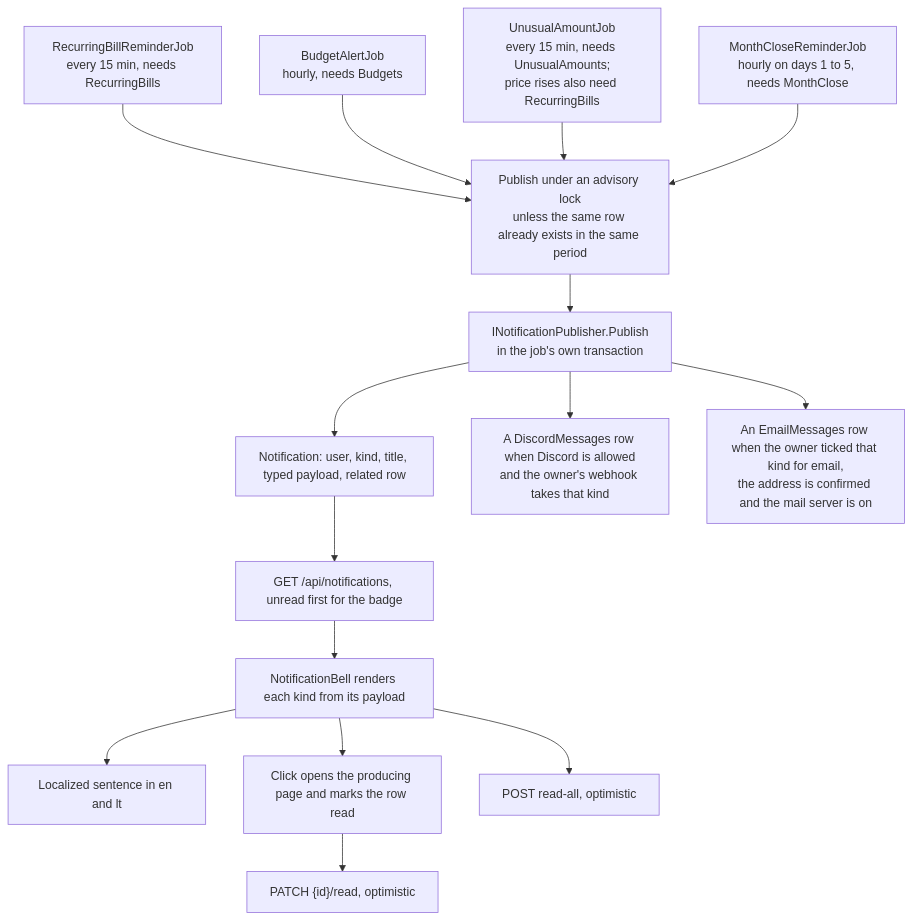
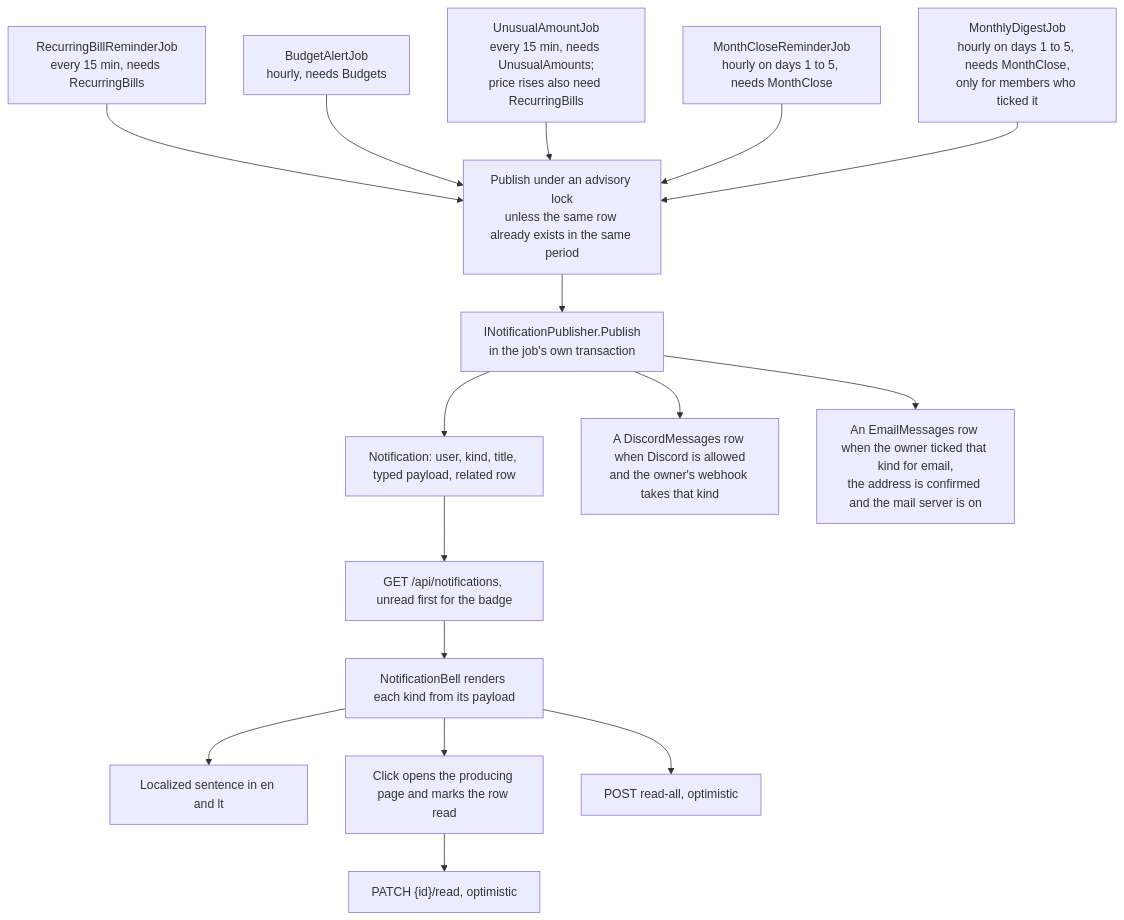
One commit to Justxs/Jx-Finance changed the diagram in docs/features/notifications.md. Above: the diagram before and after it, drawn with Mermaid. The commit also changed other lines of this file and 80 other files, not shown here.

First line of the commit message:
feat(notifications): send a monthly digest by email or Discord

````diff
--- a/docs/features/notifications.md
+++ b/docs/features/notifications.md
@@ -7,17 +7,18 @@
 ```mermaid
 flowchart TD
     Bills["RecurringBillReminderJob<br/>every 15 min, needs RecurringBills"] --> Dedupe
     Budgets["BudgetAlertJob<br/>hourly, needs Budgets"] --> Dedupe
     Unusual["UnusualAmountJob<br/>every 15 min, needs UnusualAmounts;<br/>price rises also need RecurringBills"] --> Dedupe
     Close["MonthCloseReminderJob<br/>hourly on days 1 to 5, needs MonthClose"] --> Dedupe
+    Digest["MonthlyDigestJob<br/>hourly on days 1 to 5, needs MonthClose,<br/>only for members who ticked it"] --> Dedupe
     Dedupe["Publish under an advisory lock<br/>unless the same row already exists in the same period"] --> Pub["INotificationPublisher.Publish<br/>in the job's own transaction"]
     Pub --> Row["Notification: user, kind, title, typed payload, related row"]
     Pub --> Discord["A DiscordMessages row when Discord is allowed<br/>and the owner's webhook takes that kind"]
     Pub --> Email["An EmailMessages row when the owner ticked that kind for email,<br/>the address is confirmed and the mail server is on"]
     Row --> List["GET /api/notifications, unread first for the badge"]
     List --> Bell["NotificationBell renders each kind from its payload"]
     Bell --> Text["Localized sentence in en and lt"]
     Bell --> Link["Click opens the producing page and marks the row read"]
     Link --> Read["PATCH {id}/read, optimistic"]
     Bell --> All["POST read-all, optimistic"]
 ```
````
